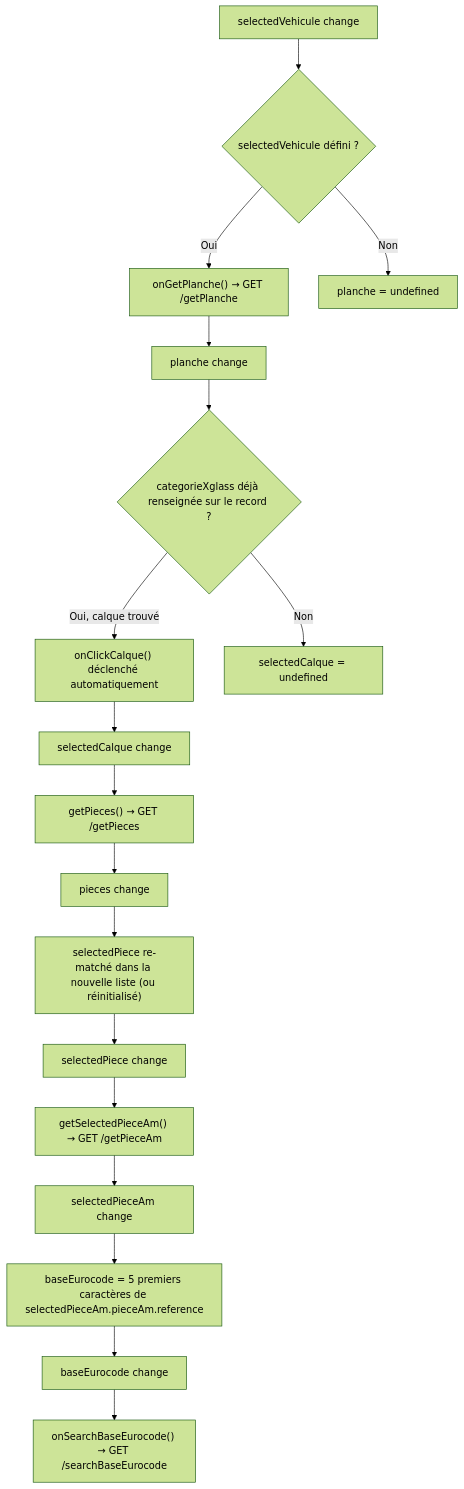
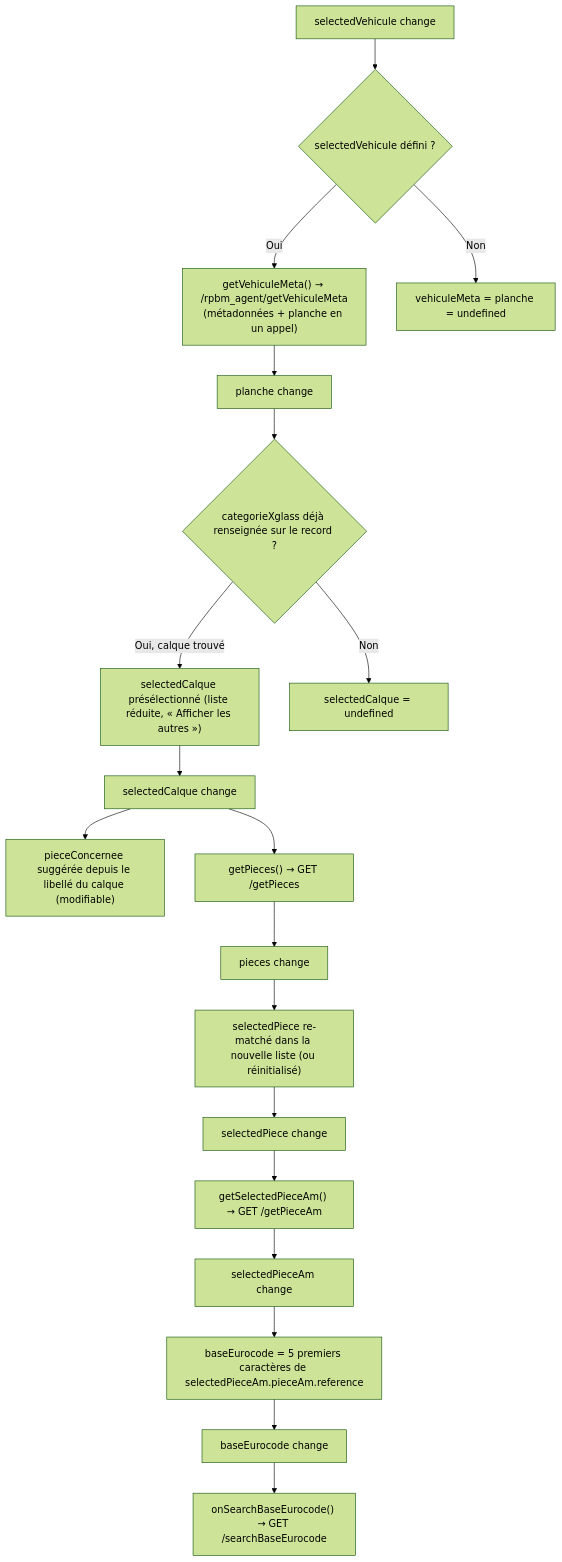
The fourth of 4 diagrams in rpbm_agent/docs/technique/frontend.md (rpbmSdk/rpbm), drawn with Mermaid (forest theme) before and after one commit. The commit also changed other lines of this file and 16 other files, not shown here.

First line of the commit message:
docs(rpbm_agent): aligner documentation et manifest sur lot 2026-09-20

````diff
--- a/rpbm_agent/docs/technique/frontend.md
+++ b/rpbm_agent/docs/technique/frontend.md
@@ -123,20 +128,21 @@
 ```mermaid
 flowchart TD
     V[selectedVehicule change] --> P{selectedVehicule défini ?}
-    P -->|Oui| GP["onGetPlanche() → GET /getPlanche"]
-    P -->|Non| RP[planche = undefined]
+    P -->|Oui| GP["getVehiculeMeta() → /rpbm_agent/getVehiculeMeta<br/>(métadonnées + planche en un appel)"]
+    P -->|Non| RP[vehiculeMeta = planche = undefined]
     GP --> PL[planche change]
     PL --> C{"categorieXglass déjà renseignée sur le record ?"}
-    C -->|Oui, calque trouvé| SC["onClickCalque() déclenché automatiquement"]
+    C -->|Oui, calque trouvé| SC["selectedCalque présélectionné (liste réduite, « Afficher les autres »)"]
     C -->|Non| NC[selectedCalque = undefined]
     SC --> CA[selectedCalque change]
+    CA --> PCS["pieceConcernee suggérée depuis le libellé du calque (modifiable)"]
     CA --> GPi["getPieces() → GET /getPieces"]
     GPi --> PI[pieces change]
     PI --> SP["selectedPiece re-matché dans la nouvelle liste (ou réinitialisé)"]
     SP --> SPC[selectedPiece change]
     SPC --> GPA["getSelectedPieceAm() → GET /getPieceAm"]
     GPA --> PA[selectedPieceAm change]
     PA --> EU["baseEurocode = 5 premiers caractères de selectedPieceAm.pieceAm.reference"]
     EU --> EUC[baseEurocode change]
     EUC --> SB["onSearchBaseEurocode() → GET /searchBaseEurocode"]
 ```
````
